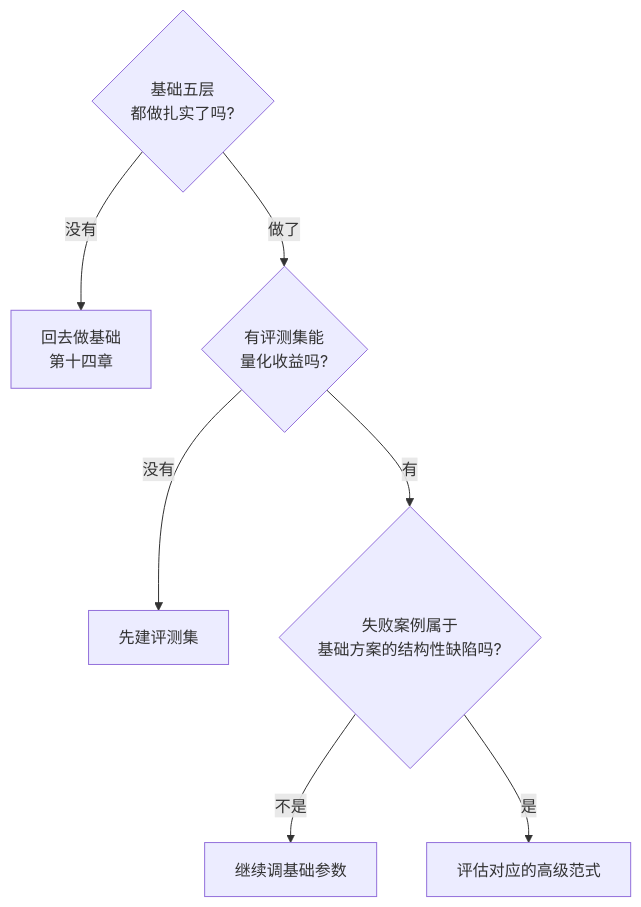
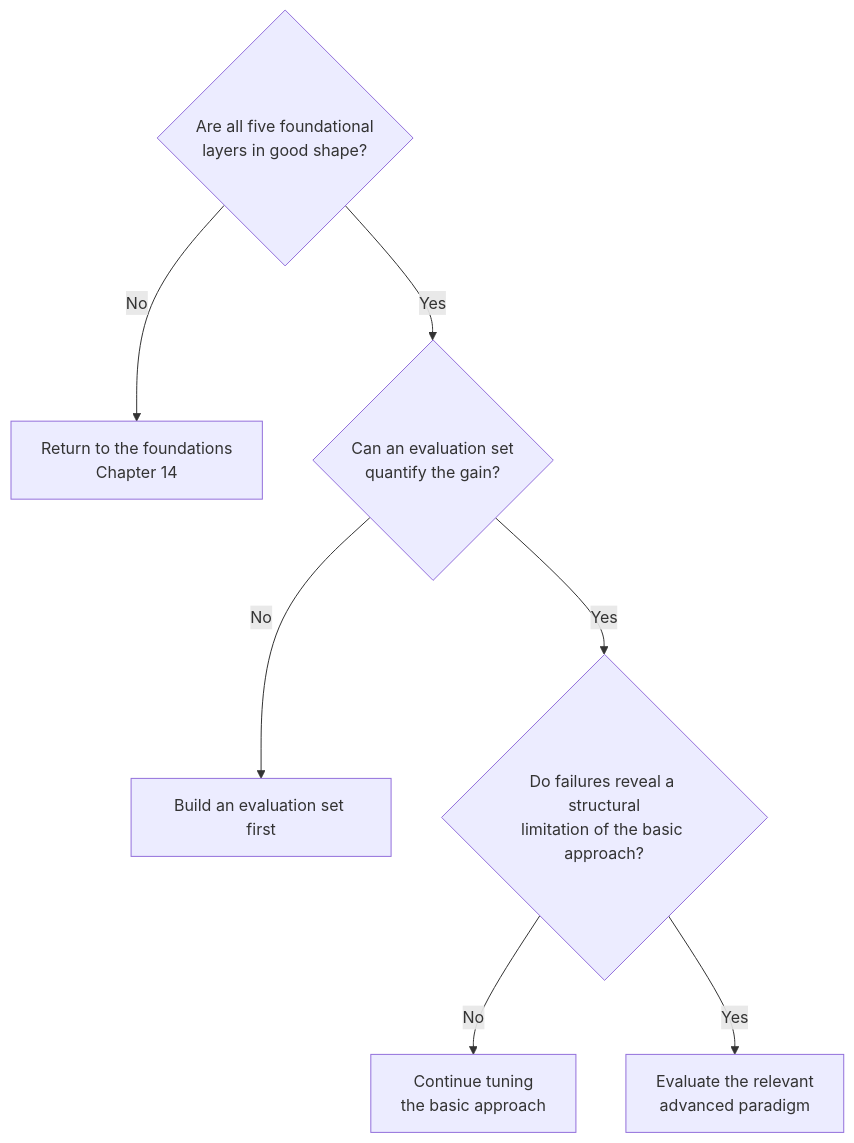
One commit to oneleaveknowsthefall/awesome-ai-roadmap changed the fifth of 5 diagrams in docs/rag/04-advanced/15-advanced-rag-paradigms.md. Above: the diagram before and after it, drawn with Mermaid. The commit also changed other lines of this file and 60 other files, not shown here.

````diff
--- a/docs/rag/04-advanced/15-advanced-rag-paradigms.md
+++ b/docs/rag/04-advanced/15-advanced-rag-paradigms.md
@@ -157,9 +157,9 @@
 ```mermaid
 flowchart TB
-    S{基础五层<br/>都做扎实了吗?} -->|没有| BASE[回去做基础<br/>第十四章]
-    S -->|做了| E{有评测集能<br/>量化收益吗?}
-    E -->|没有| EVAL[先建评测集]
-    E -->|有| N{失败案例属于<br/>基础方案的结构性缺陷吗?}
-    N -->|不是| TUNE[继续调基础参数]
-    N -->|是| ADV[评估对应的高级范式]
+    S{Are all five foundational<br/>layers in good shape?} -->|No| BASE[Return to the foundations<br/>Chapter 14]
+    S -->|Yes| E{Can an evaluation set<br/>quantify the gain?}
+    E -->|No| EVAL[Build an evaluation set first]
+    E -->|Yes| N{Do failures reveal a structural<br/>limitation of the basic approach?}
+    N -->|No| TUNE[Continue tuning<br/>the basic approach]
+    N -->|Yes| ADV[Evaluate the relevant<br/>advanced paradigm]
 ```
````
